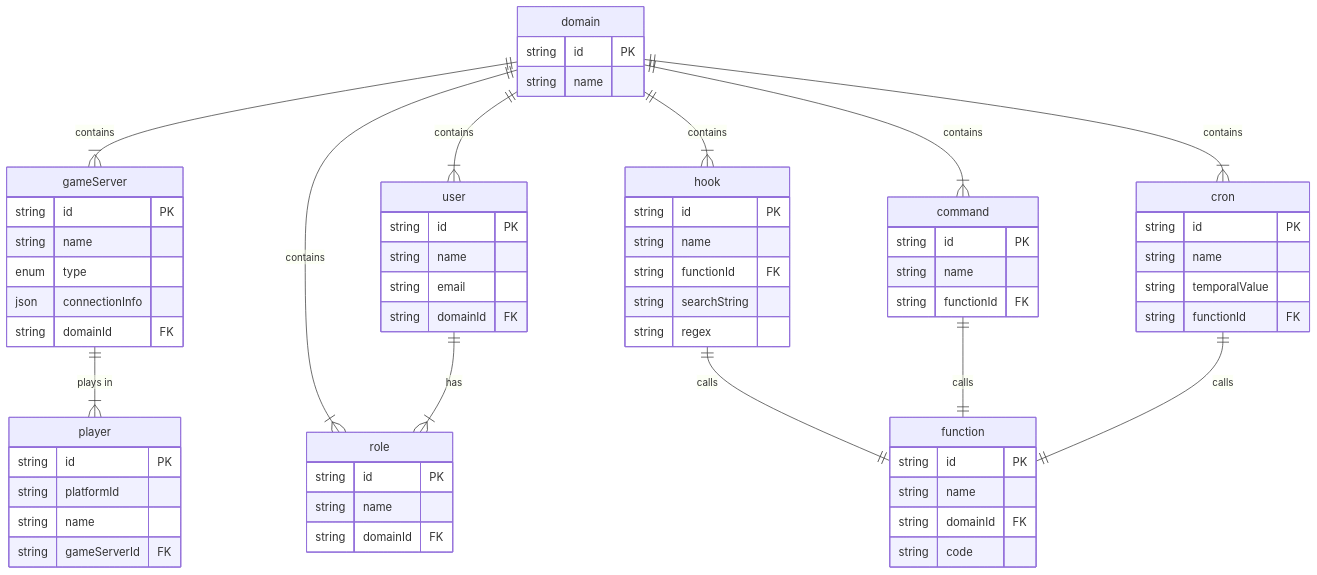
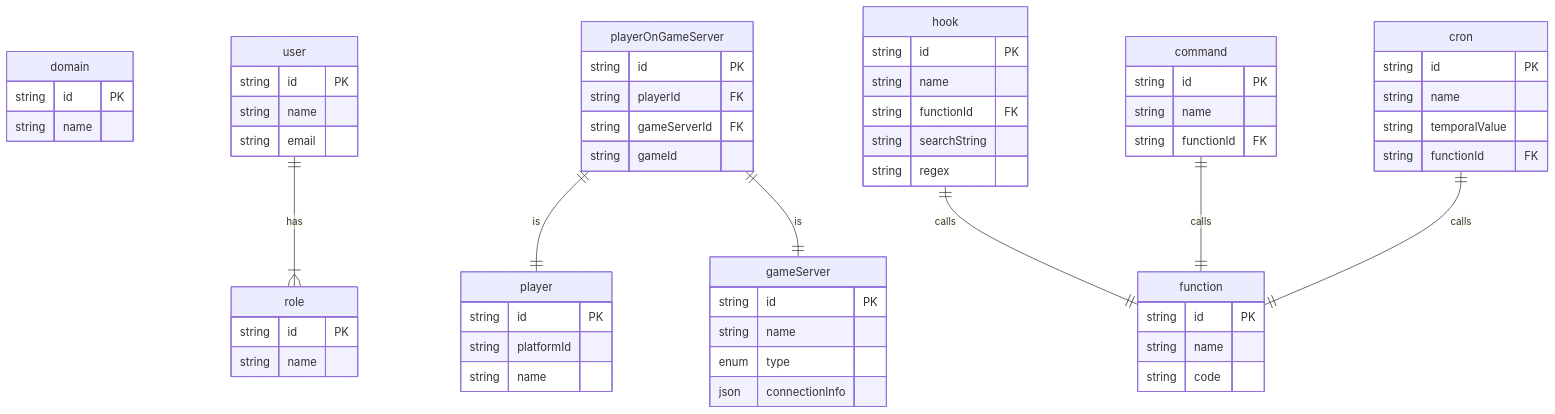
One commit to gettakaro/takaro changed the diagram in README.md. Above: the diagram before and after it, drawn with Mermaid. The commit also changed 14 other files, not shown here.

````diff
--- a/README.md
+++ b/README.md
@@ -66,76 +66,74 @@
 ```mermaid
 erDiagram
     domain {
       string id PK
       string name
     }
     
     gameServer {
       string id PK
       string name
       enum type
       json connectionInfo 
-      string domainId FK
     }
 
     user {
       string id PK
       string name
       string email
-      string domainId FK
     }
 
     role {
       string id PK
       string name
-      string domainId FK
     }
     
     player {
       string id PK
       string platformId
       string name
-      string gameServerId FK
     }
 
+    playerOnGameServer {
+      string id PK
+      string playerId FK
+      string gameServerId FK
+      string gameId
+    }
     
     function {
       string id PK
       string name
-      string domainId FK
       string code
     }
 
     hook {
       string id PK
       string name
       string functionId FK
       string searchString
       string regex
     }
 
     command {
       string id PK
       string name
       string functionId FK
     }
 
     cron {
       string id PK
       string name
       string temporalValue
       string functionId FK
     }
 
-    domain ||--|{ gameServer : contains
-    domain ||--|{ user : contains
-    domain ||--|{ role : contains
+
     user ||--|{ role : has
-    domain ||--|{ hook : contains
-    domain ||--|{ command : contains
-    domain ||--|{ cron : contains
     hook   ||--|| function : calls
     command   ||--|| function : calls
     cron   ||--|| function : calls
-    gameServer ||--|{ player : "plays in"
+
+    playerOnGameServer ||--|| player : "is"
+    playerOnGameServer ||--|| gameServer : "is"
 ```
````
